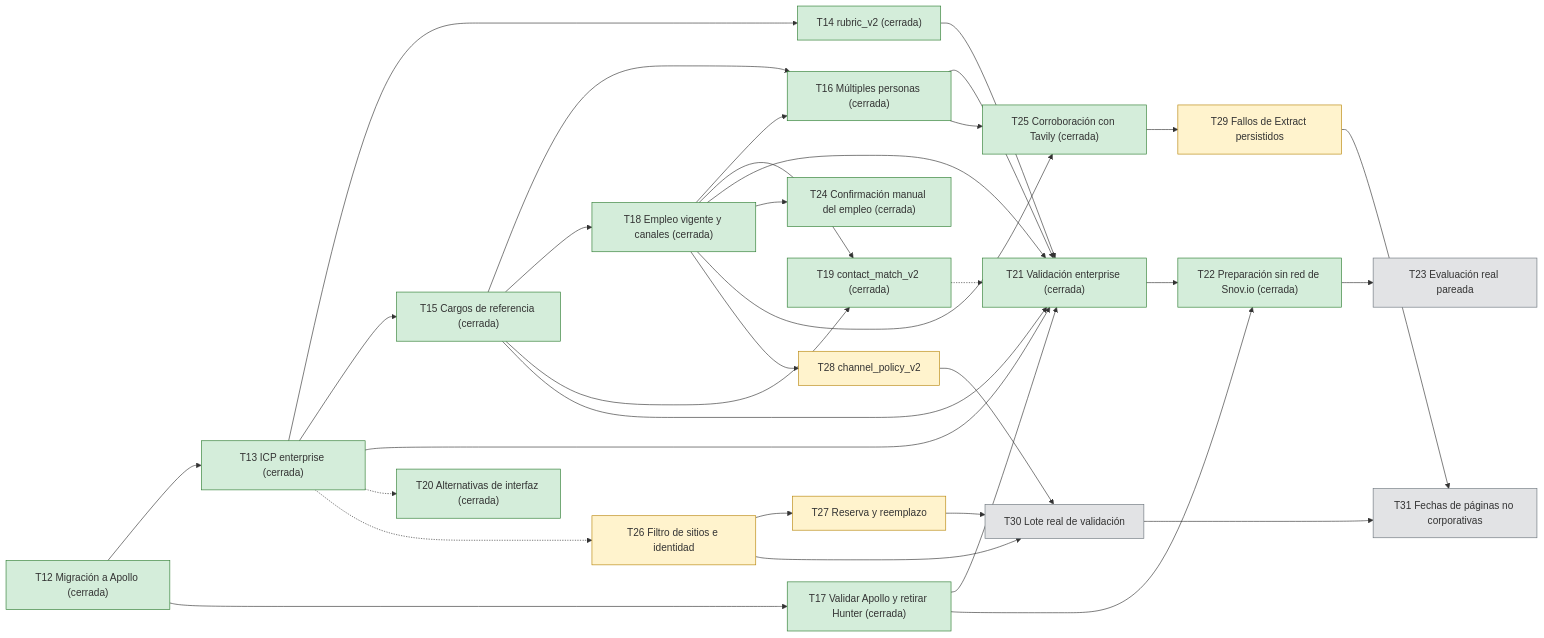
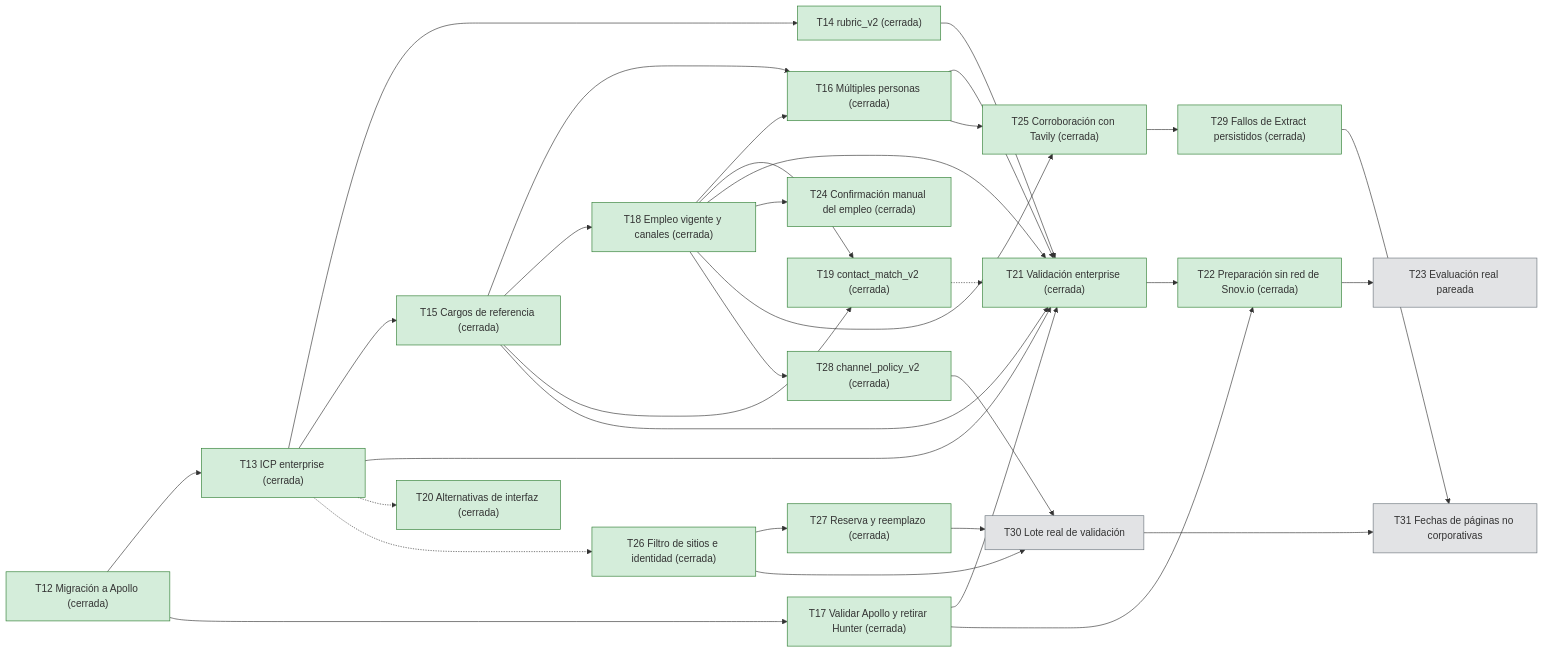
The diagram in docs/Roadmap.md (ThomasSerna/veryfi-prospecting), drawn with Mermaid before and after one commit. The commit also changed other lines of this file, not shown here.

Commit message:
docs: marcar T26 a T29 cerradas en el Roadmap

````diff
--- a/docs/Roadmap.md
+++ b/docs/Roadmap.md
@@ -67,58 +63,58 @@
 ```mermaid
 flowchart LR
     T12["T12 Migración a Apollo (cerrada)"]:::closed
     T13["T13 ICP enterprise (cerrada)"]:::closed
     T14["T14 rubric_v2 (cerrada)"]:::closed
     T15["T15 Cargos de referencia (cerrada)"]:::closed
     T16["T16 Múltiples personas (cerrada)"]:::closed
     T17["T17 Validar Apollo y retirar Hunter (cerrada)"]:::closed
     T18["T18 Empleo vigente y canales (cerrada)"]:::closed
     T19["T19 contact_match_v2 (cerrada)"]:::closed
     T20["T20 Alternativas de interfaz (cerrada)"]:::closed
     T21["T21 Validación enterprise (cerrada)"]:::closed
     T22["T22 Preparación sin red de Snov.io (cerrada)"]:::closed
     T23["T23 Evaluación real pareada"]:::pending
     T24["T24 Confirmación manual del empleo (cerrada)"]:::closed
     T25["T25 Corroboración con Tavily (cerrada)"]:::closed
-    T26["T26 Filtro de sitios e identidad"]:::open
-    T27["T27 Reserva y reemplazo"]:::open
-    T28["T28 channel_policy_v2"]:::open
-    T29["T29 Fallos de Extract persistidos"]:::open
+    T26["T26 Filtro de sitios e identidad (cerrada)"]:::closed
+    T27["T27 Reserva y reemplazo (cerrada)"]:::closed
+    T28["T28 channel_policy_v2 (cerrada)"]:::closed
+    T29["T29 Fallos de Extract persistidos (cerrada)"]:::closed
     T30["T30 Lote real de validación"]:::pending
     T31["T31 Fechas de páginas no corporativas"]:::pending
     T12 --> T13
     T12 --> T17
     T13 --> T14
     T13 --> T15
     T15 --> T16
     T15 --> T18
     T15 --> T19
     T18 --> T16
     T18 --> T19
     T13 --> T21
     T14 --> T21
     T15 --> T21
     T16 --> T21
     T17 --> T21
     T18 --> T21
     T21 --> T22
     T17 --> T22
     T22 --> T23
     T13 -.-> T20
     T19 -.-> T21
     T18 --> T24
     T18 --> T25
     T16 --> T25
     T13 -.-> T26
     T26 --> T27
     T18 --> T28
     T25 --> T29
     T26 --> T30
     T27 --> T30
     T28 --> T30
     T29 --> T31
     T30 --> T31
     classDef closed fill:#d4edda,stroke:#2e7d32
     classDef open fill:#fff3cd,stroke:#b8860b
     classDef pending fill:#e2e3e5,stroke:#6c757d
 ```
````
